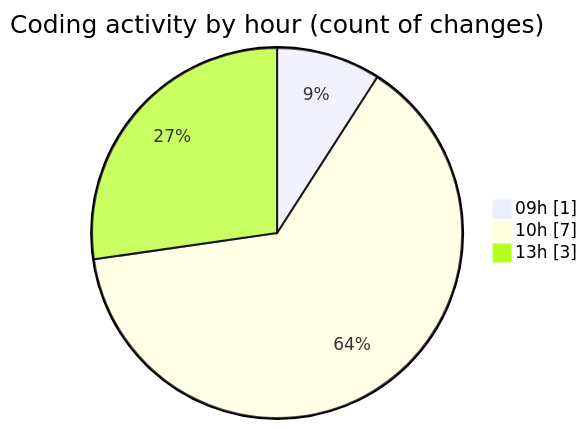
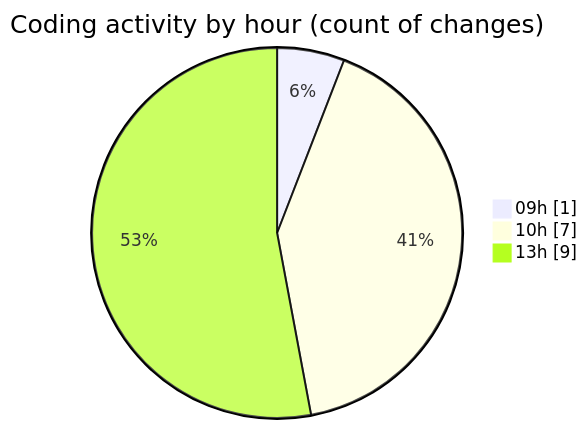
Before and after one commit to momahboobian/code-tracking: the second of 2 diagrams in 2025-10-20/cda/README.md, drawn with Mermaid. The commit also changed other lines of this file and 1 other file, not shown here.

````diff
--- a/2025-10-20/cda/README.md
+++ b/2025-10-20/cda/README.md
@@ -38,7 +38,7 @@
 ```mermaid
 pie showData
 title Coding activity by hour (count of changes)
 "09h" : 1
 "10h" : 7
-"13h" : 3
+"13h" : 9
 ```
````
